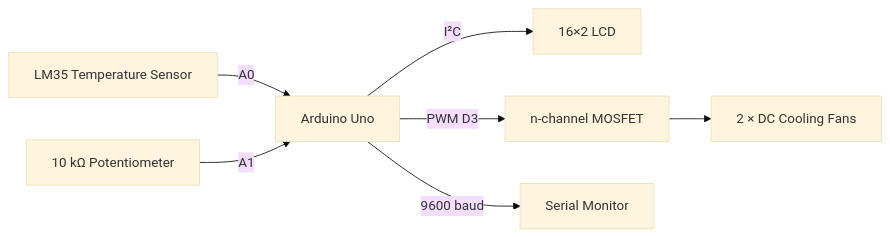
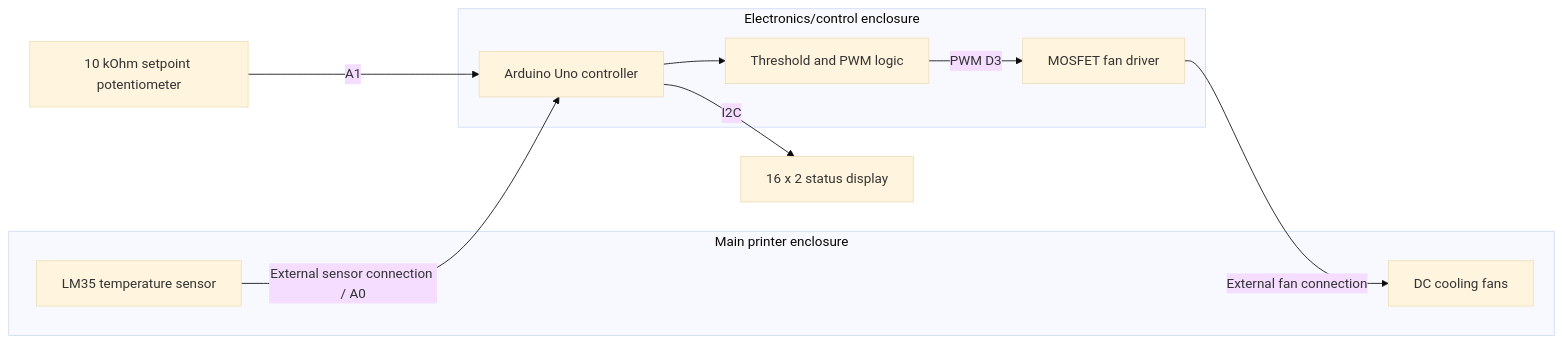
The diagram in README.md (ymyung/Arduino-Controlled-3D-Printer-Enclosure), drawn with Mermaid (base theme) before and after one commit. The commit also changed other lines of this file and 23 other files, not shown here.

````diff
--- a/README.md
+++ b/README.md
@@ -19,9 +29,20 @@
 ```mermaid
 flowchart LR
-    LM35[LM35 Temperature Sensor] -->|A0| MCU[Arduino Uno]
-    POT[10 kΩ Potentiometer] -->|A1| MCU
-    MCU -->|I²C| LCD[16×2 LCD]
-    MCU -->|PWM D3| MOSFET[n-channel MOSFET]
-    MOSFET --> FANS[2 × DC Cooling Fans]
-    MCU -->|9600 baud| SERIAL[Serial Monitor]
+    subgraph MAIN[Main printer enclosure]
+        SENSOR[LM35 temperature sensor]
+        FANS[DC cooling fans]
+    end
+
+    subgraph BOX[Electronics/control enclosure]
+        MCU[Arduino Uno controller]
+        LOGIC[Threshold and PWM logic]
+        DRIVER[MOSFET fan driver]
+    end
+
+    SETPOINT[10 kOhm setpoint potentiometer] -->|A1| MCU
+    SENSOR -->|External sensor connection / A0| MCU
+    MCU --> LOGIC
+    LOGIC -->|PWM D3| DRIVER
+    DRIVER -->|External fan connection| FANS
+    MCU -->|I2C| LCD[16 x 2 status display]
 ```
````
